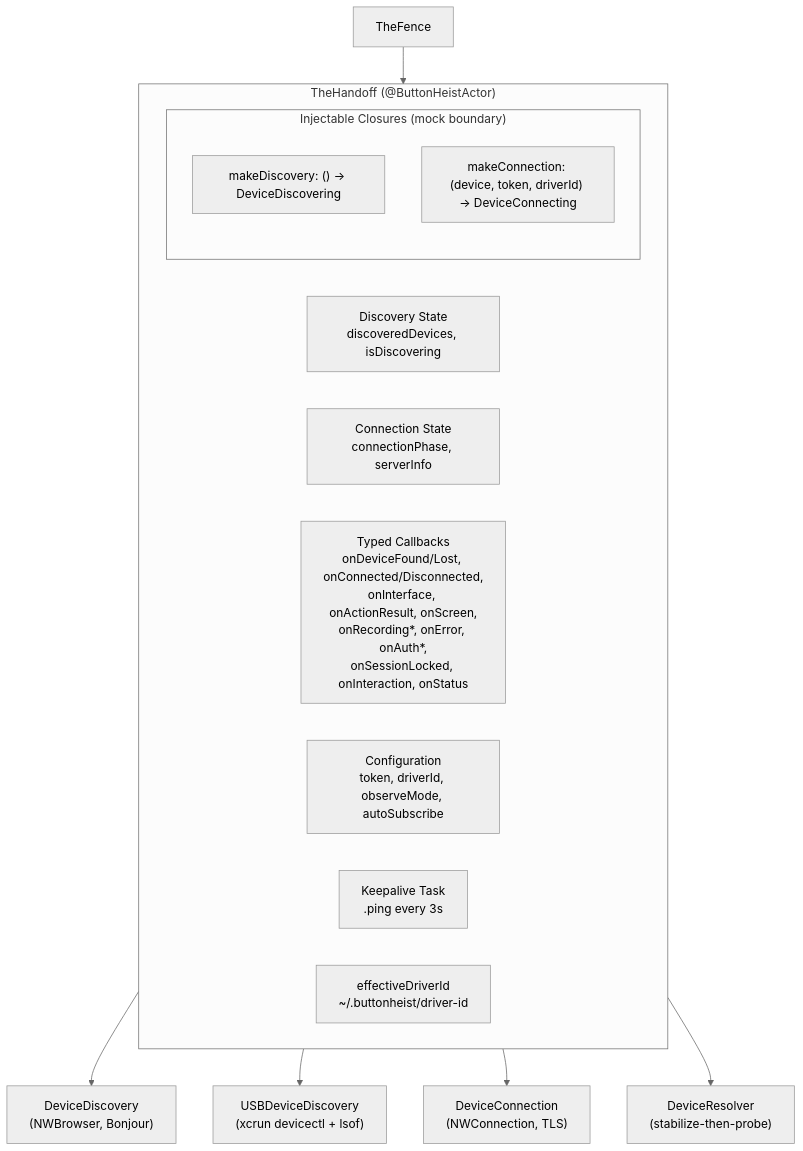
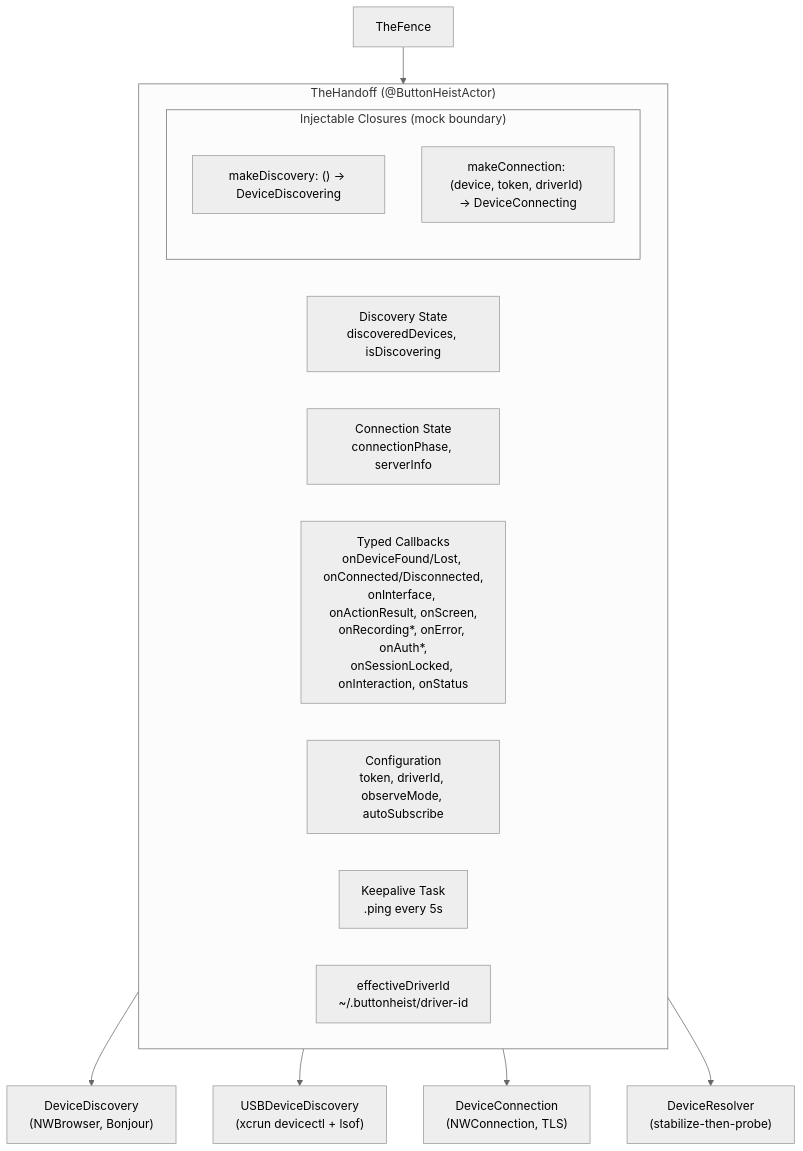
The first of 3 diagrams in docs/dossiers/04-THEHANDOFF.md (RoyalPineapple/TheButtonHeist), drawn with Mermaid (neutral theme) before and after one commit. The commit also changed other lines of this file and 18 other files, not shown here.

````diff
--- a/docs/dossiers/04-THEHANDOFF.md
+++ b/docs/dossiers/04-THEHANDOFF.md
@@ -24,24 +24,24 @@
 ```mermaid
 graph TD
     subgraph TheHandoff["TheHandoff (@ButtonHeistActor)"]
         DiscState["Discovery State\ndiscoveredDevices, isDiscovering"]
         ConnState["Connection State\nconnectionPhase, serverInfo"]
         Callbacks["Typed Callbacks\nonDeviceFound/Lost, onConnected/Disconnected,\nonInterface, onActionResult, onScreen,\nonRecording*, onError, onAuth*,\nonSessionLocked, onInteraction, onStatus"]
         Config["Configuration\ntoken, driverId, observeMode, autoSubscribe"]
 
         subgraph Factories["Injectable Closures (mock boundary)"]
             MakeDisc["makeDiscovery: () → DeviceDiscovering"]
             MakeConn["makeConnection: (device, token, driverId) → DeviceConnecting"]
         end
 
-        Keepalive["Keepalive Task\n.ping every 3s"]
+        Keepalive["Keepalive Task\n.ping every 5s"]
         DriverId["effectiveDriverId\n~/.buttonheist/driver-id"]
     end
 
     TF["TheFence"] --> TheHandoff
 
     TheHandoff --> DevDisc["DeviceDiscovery\n(NWBrowser, Bonjour)"]
     TheHandoff --> USBDisc["USBDeviceDiscovery\n(xcrun devicectl + lsof)"]
     TheHandoff --> DevConn["DeviceConnection\n(NWConnection, TLS)"]
     TheHandoff --> Resolver["DeviceResolver\n(stabilize-then-probe)"]
 ```
````
